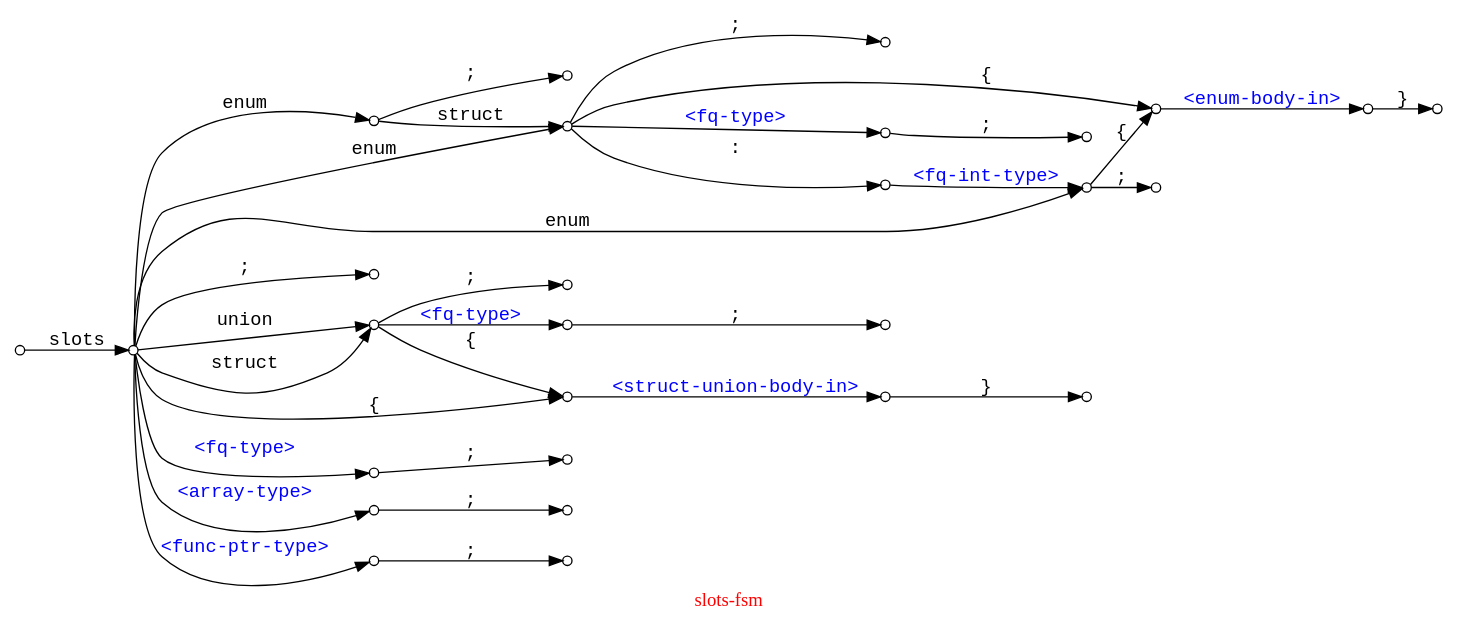
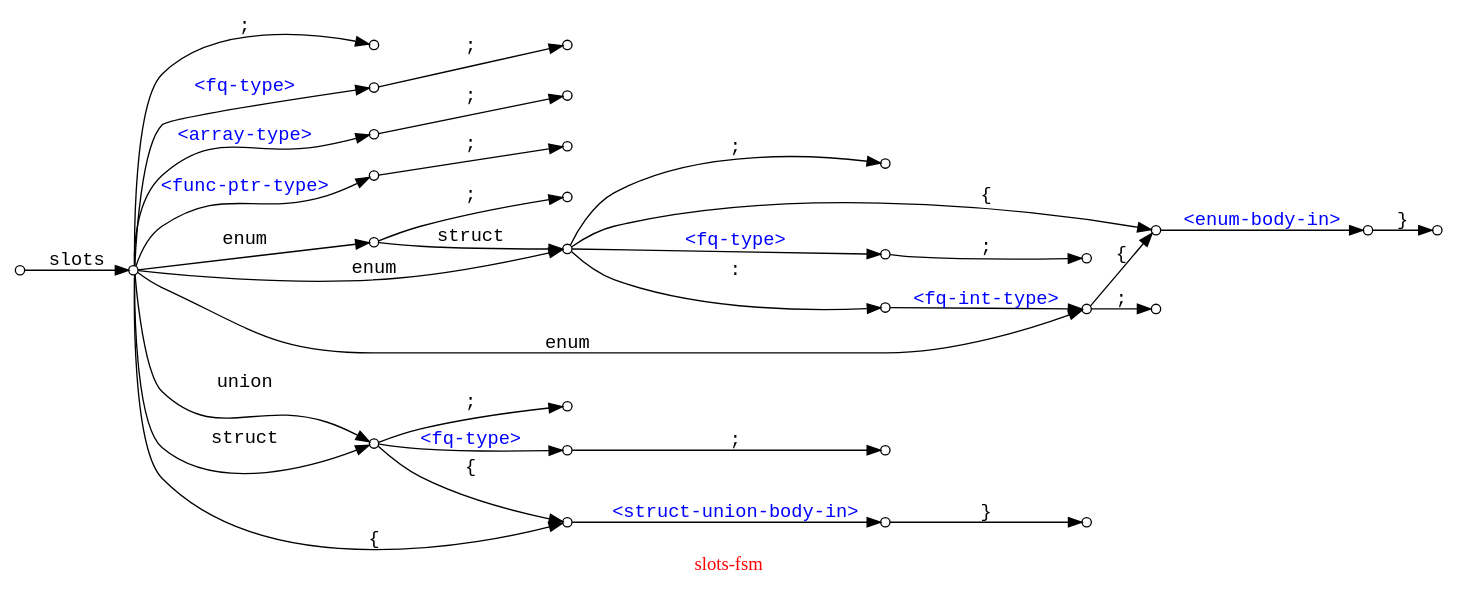
The diagram in slots-fsm.dot (Ayyzee/dakota), drawn with Graphviz before and after one commit.

Commit message:
Minor reorg.

```diff
--- a/slots-fsm.dot
+++ b/slots-fsm.dot
@@ -1,86 +1,87 @@
 // -*- mode: c++ -*-
 
 // slots                  ;
 // slots               <> ;
 // slots                  { ... }
 
 // slots struct           ;
 // slots struct        <> ;
 // slots struct           { ... }
 
 // slots union            ;
 // slots union         <> ;
 // slots union            { ... }
 
 // slots enum             ;
 // slots enum          <> ;
 // slots enum             { ... }
 // slots enum        : <> ;
 // slots enum        : <> { ... }
 
 // slots enum struct      ;
 // slots enum struct   <> ;
 // slots enum struct      { ... }
 // slots enum struct : <> ;
 // slots enum struct : <> { ... }
 
 // slots <array-type>     ;
 // slots <func-ptr-type>  ;
 
 digraph "slots-fsm" {
   graph [ rankdir = LR, label = "\G", fontcolor = red ];
   edge [ fontname = "courier" ];
   node [ shape = circle, fontsize = 12, width = 0.3, fixedsize = true ];
   node [ label = "", width = 0.1 ];
 
   000 -> 010 [ label = "slots" ];
+
+  010 -> 015 [ label = ";" ];
+  010 -> 140 [ label = "<fq-type>", fontcolor = blue ];
+  010 -> 141 [ label = "<array-type>", fontcolor = blue ];
+  010 -> 142 [ label = "<func-ptr-type>", fontcolor = blue ];
+  140 -> 145 [ label = ";" ];
+  141 -> 146 [ label = ";" ];
+  142 -> 147 [ label = ";" ];
+
   010 -> 020 [ label = "enum" ];
   010 -> 030 [ label = "enum" ];
   010 -> 050 [ label = "enum" ];
   020 -> 030 [ label = "struct" ];
-  010 -> 015 [ label = ";" ];
   020 -> 025 [ label = ";" ];
   030 -> 040 [ label = ":" ];
   030 -> 035 [ label = ";" ];
   030 -> 060 [ label = "{" ];
   030 -> 170 [ label = "<fq-type>", fontcolor = blue ];
   170 -> 180 [ label = ";" ];
   040 -> 050 [ label = "<fq-int-type>", fontcolor = blue ];
   050 -> 060 [ label = "{" ];
   050 -> 055 [ label = ";" ];
   060 -> 070 [ label = "<enum-body-in>", fontcolor = blue ];
   070 -> 080 [ label = "}" ];
 
   010 -> 100 [ label = "union" ];
   010 -> 100 [ label = "struct" ];
   010 -> 110 [ label = "{" ];
   100 -> 110 [ label = "{" ];
   100 -> 105 [ label = ";" ];
   100 -> 150 [ label = "<fq-type>", fontcolor = blue ];
   150 -> 160 [ label = ";" ];
   110 -> 120 [ label = "<struct-union-body-in>", fontcolor = blue ];
   120 -> 130 [ label = "}" ];
 
-  010 -> 140 [ label = "<fq-type>", fontcolor = blue ];
-  010 -> 141 [ label = "<array-type>", fontcolor = blue ];
-  010 -> 142 [ label = "<func-ptr-type>", fontcolor = blue ];
-  140 -> 145 [ label = ";" ];
-  141 -> 146 [ label = ";" ];
-  142 -> 147 [ label = ";" ];
-
 //   subgraph {
 //     graph [ rank = same ];
 //     050;
 //     100;
 //     140;
 //   }
 //   subgraph {
 //     graph [ rank = same ];
 //     015;
 //     025;
 //     035;
 //     055;
 //     105;
 //     145;
 //   }
 }
```
